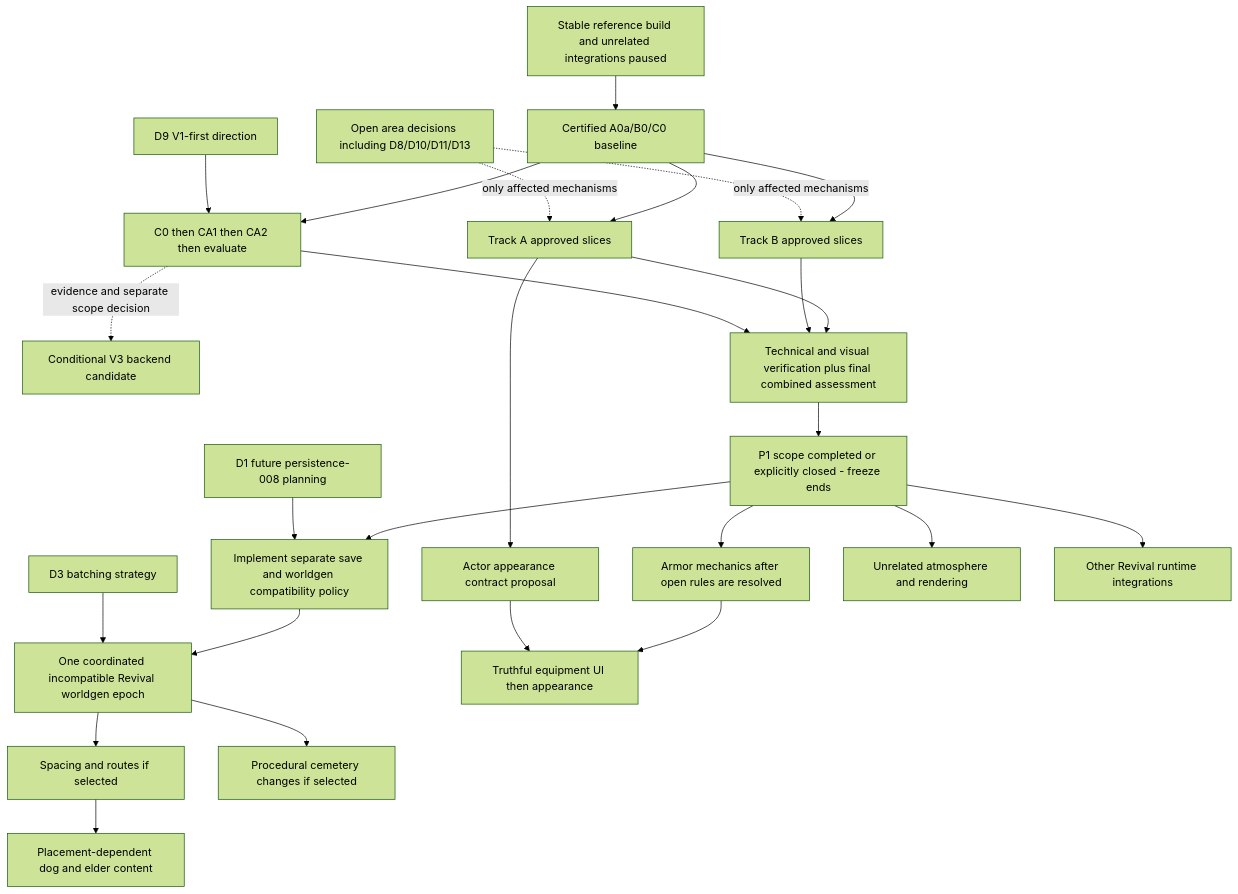
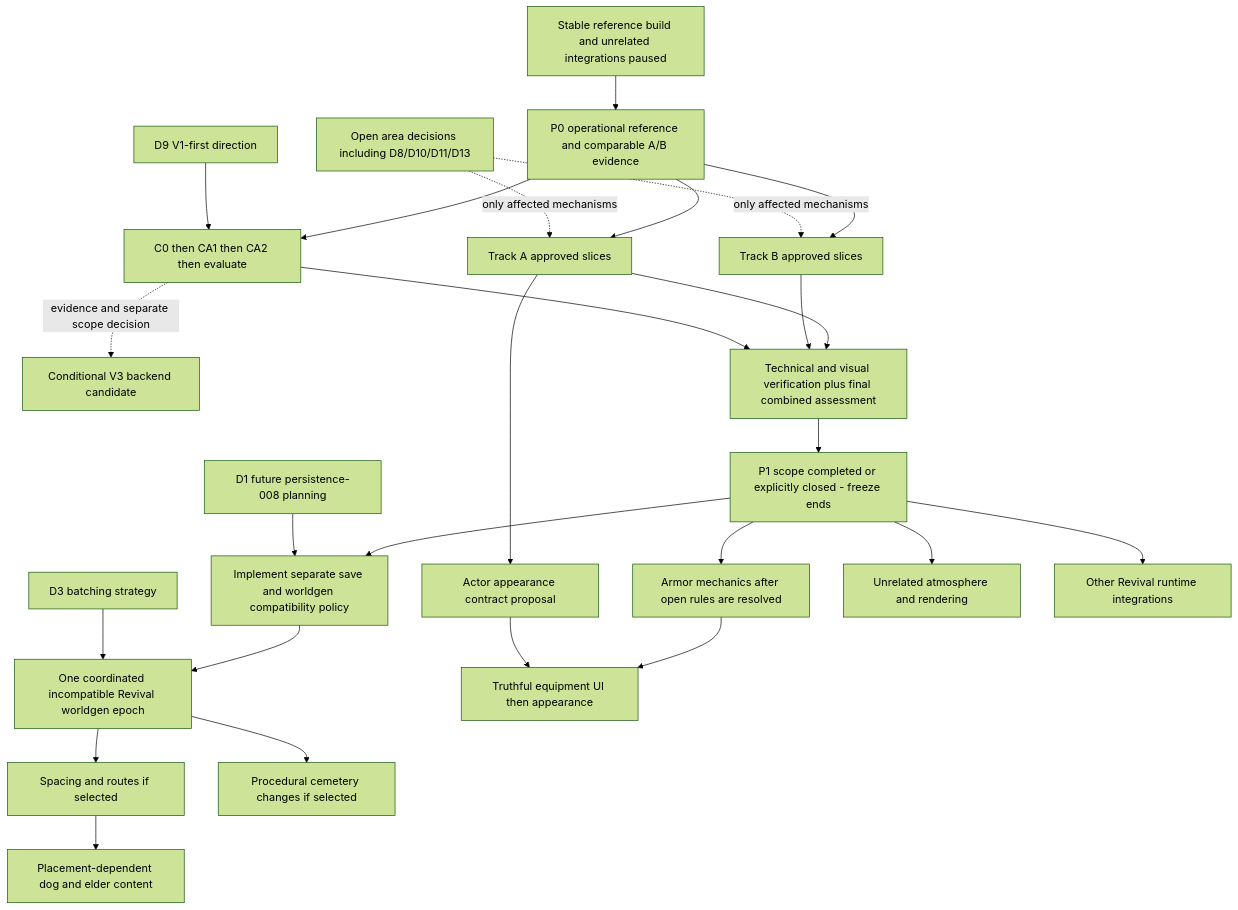
Before and after one commit to jm-sky/seedvale-v1: the diagram in docs/research/v1-revival/2026-10-27--master-revival-roadmap.md, drawn with Mermaid (forest theme). The commit also changed other lines of this file, not shown here.

Commit message:
docs(revival): reconcile P1 entry gates after P0 operational closure

````diff
--- a/docs/research/v1-revival/2026-10-27--master-revival-roadmap.md
+++ b/docs/research/v1-revival/2026-10-27--master-revival-roadmap.md
@@ -52,28 +52,28 @@
 ```mermaid
 graph TD
-  REF[Stable reference build and unrelated integrations paused] --> BASE[Certified A0a/B0/C0 baseline]
+  REF[Stable reference build and unrelated integrations paused] --> BASE[P0 operational reference and comparable A/B evidence]
   BASE --> A[Track A approved slices]
   BASE --> B[Track B approved slices]
   BASE --> C[C0 then CA1 then CA2 then evaluate]
   D9[D9 V1-first direction] --> C
   C -. evidence and separate scope decision .-> CB[Conditional V3 backend candidate]
   DEC[Open area decisions including D8/D10/D11/D13] -. only affected mechanisms .-> A
   DEC -. only affected mechanisms .-> B
   A --> FINAL[Technical and visual verification plus final combined assessment]
   B --> FINAL
   C --> FINAL
   FINAL --> EXIT[P1 scope completed or explicitly closed - freeze ends]
   EXIT --> SAVE[Implement separate save and worldgen compatibility policy]
   D1[D1 future persistence-008 planning] --> SAVE
   SAVE --> EPOCH[One coordinated incompatible Revival worldgen epoch]
   D3[D3 batching strategy] --> EPOCH
   EPOCH --> SPACE[Spacing and routes if selected]
   EPOCH --> CEM[Procedural cemetery changes if selected]
   SPACE --> STORIES[Placement-dependent dog and elder content]
   EXIT --> ARM[Armor mechanics after open rules are resolved]
   ARM --> EUI[Truthful equipment UI then appearance]
   A --> LOOK[Actor appearance contract proposal]
   LOOK --> EUI
   EXIT --> ATM[Unrelated atmosphere and rendering]
   EXIT --> OTHER[Other Revival runtime integrations]
 ```
````
